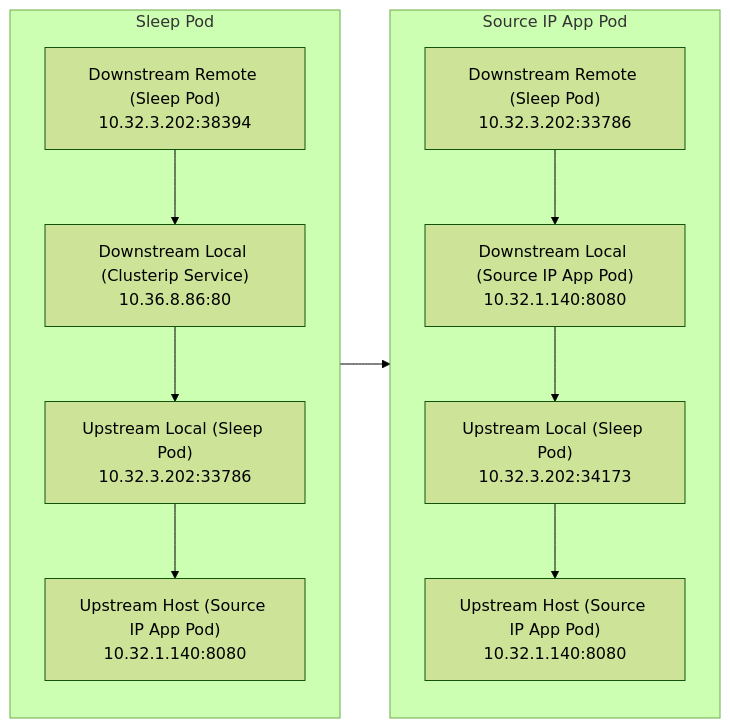
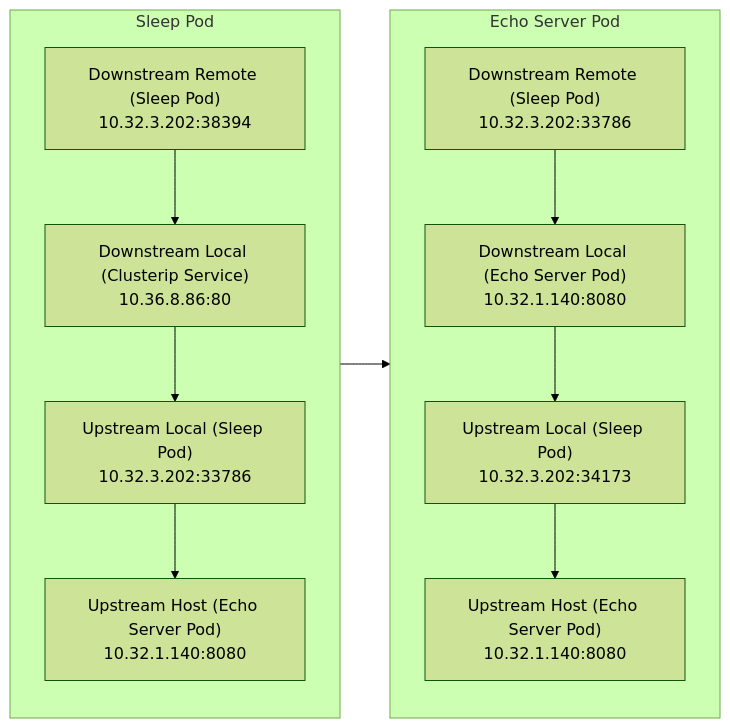
One commit to rootsongjc/kubernetes-handbook changed the seventh of 10 diagrams in content/en/blog/preserve-source-ip-in-istio/index.md. Above: the diagram before and after it, drawn with Mermaid (forest theme). The commit also changed other lines of this file and 1 other file, not shown here.

````diff
--- a/content/en/blog/preserve-source-ip-in-istio/index.md
+++ b/content/en/blog/preserve-source-ip-in-istio/index.md
@@ -469,14 +469,14 @@
 ```mermaid
 graph LR
 subgraph SleepPod[Sleep Pod]
 A["Downstream Remote (Sleep Pod)<br>10.32.3.202:38394"] --> B
 B["Downstream Local (Clusterip Service)<br>10.36.8.86:80"] --> C
-C["Upstream Local (Sleep Pod)<br>10.32.3.202:33786"] --> D["Upstream Host (Source IP App Pod)<br>10.32.1.140:8080"]
+C["Upstream Local (Sleep Pod)<br>10.32.3.202:33786"] --> D["Upstream Host (Echo Server Pod)<br>10.32.1.140:8080"]
 end
-subgraph SourceIPAppPod[Source IP App Pod]
+subgraph SourceIPAppPod[Echo Server Pod]
 E["Downstream Remote (Sleep Pod)<br>10.32.3.202:33786"] --> F
-F["Downstream Local (Source IP App Pod)<br>10.32.1.140:8080"] --> G
-G["Upstream Local (Sleep Pod)<br>10.32.3.202:34173"] --> H["Upstream Host (Source IP App Pod)<br>10.32.1.140:8080"]
+F["Downstream Local (Echo Server Pod)<br>10.32.1.140:8080"] --> G
+G["Upstream Local (Sleep Pod)<br>10.32.3.202:34173"] --> H["Upstream Host (Echo Server Pod)<br>10.32.1.140:8080"]
 end
 SleepPod-->SourceIPAppPod
 ```
````
